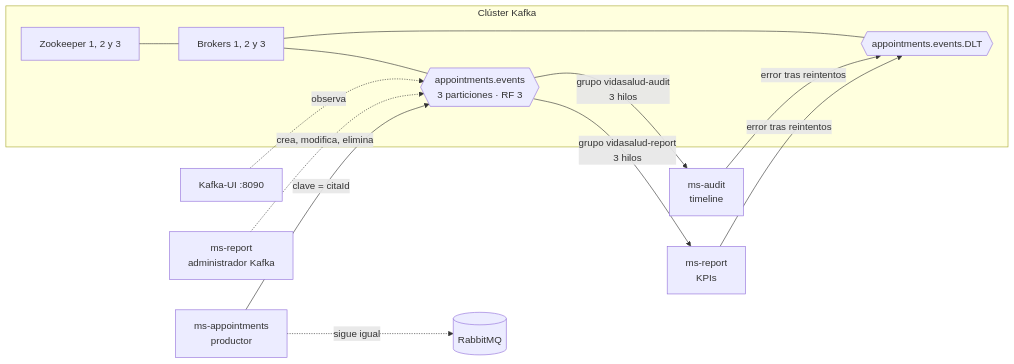
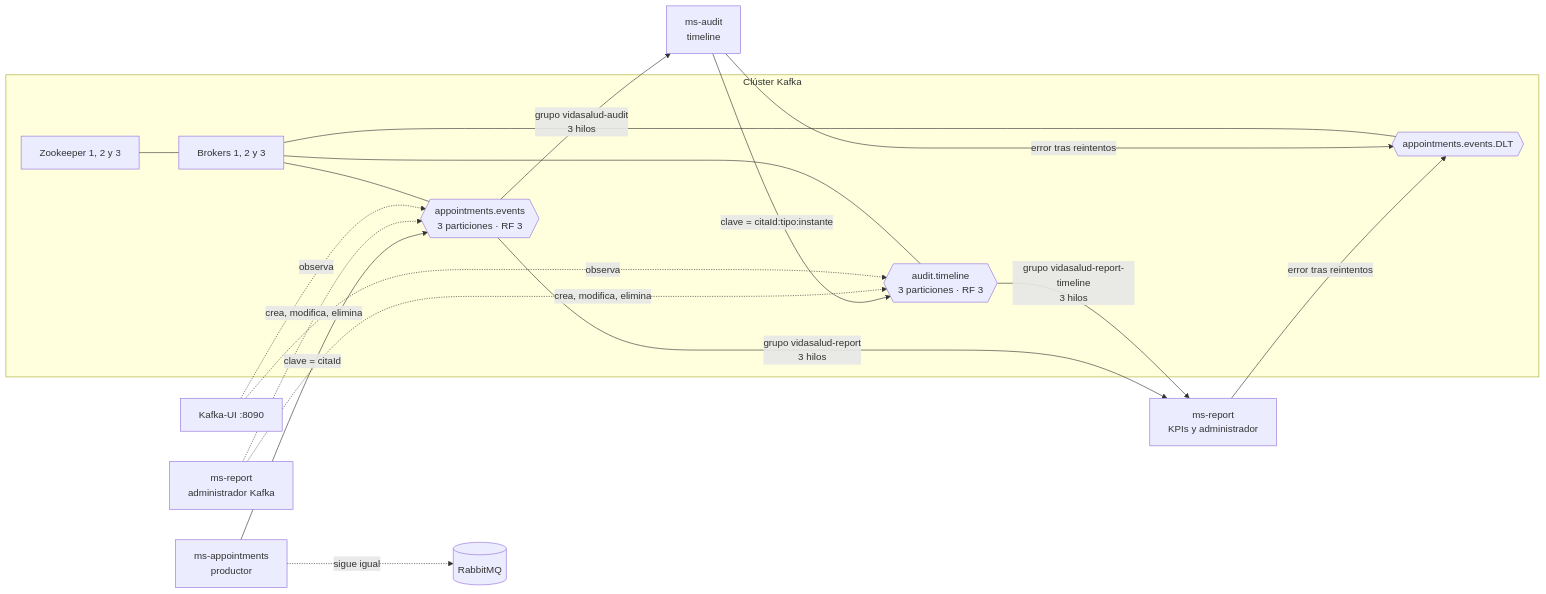
The first of 2 diagrams in mensajeria-kafka.md (effimrv/vidasalud-docs), drawn with Mermaid before and after one commit.

Commit message:
Actualiza el diagrama de Kafka con el topico audit.timeline

````diff
--- a/mensajeria-kafka.md
+++ b/mensajeria-kafka.md
@@ -14,16 +14,21 @@
 ```mermaid
 flowchart LR
     AP[ms-appointments<br/>productor] -- "clave = citaId" --> T{{appointments.events<br/>3 particiones · RF 3}}
     AP -. "sigue igual" .-> RMQ[(RabbitMQ)]
-    T -- "grupo vidasalud-report<br/>3 hilos" --> R[ms-report<br/>KPIs]
+    T -- "grupo vidasalud-report<br/>3 hilos" --> R[ms-report<br/>KPIs y administrador]
     T -- "grupo vidasalud-audit<br/>3 hilos" --> A[ms-audit<br/>timeline]
+    A -- "clave = citaId:tipo:instante" --> TL{{audit.timeline<br/>3 particiones · RF 3}}
+    TL -- "grupo vidasalud-report-timeline<br/>3 hilos" --> R
     R -- "error tras reintentos" --> D{{appointments.events.DLT}}
     A -- "error tras reintentos" --> D
     ADM[ms-report<br/>administrador Kafka] -. "crea, modifica, elimina" .-> T
+    ADM -. "crea, modifica, elimina" .-> TL
     UI[Kafka-UI :8090] -. "observa" .-> T
+    UI -. "observa" .-> TL
     subgraph Clúster Kafka
         Z[Zookeeper 1, 2 y 3] --- B[Brokers 1, 2 y 3]
         B --- T
+        B --- TL
         B --- D
     end
 ```
````
